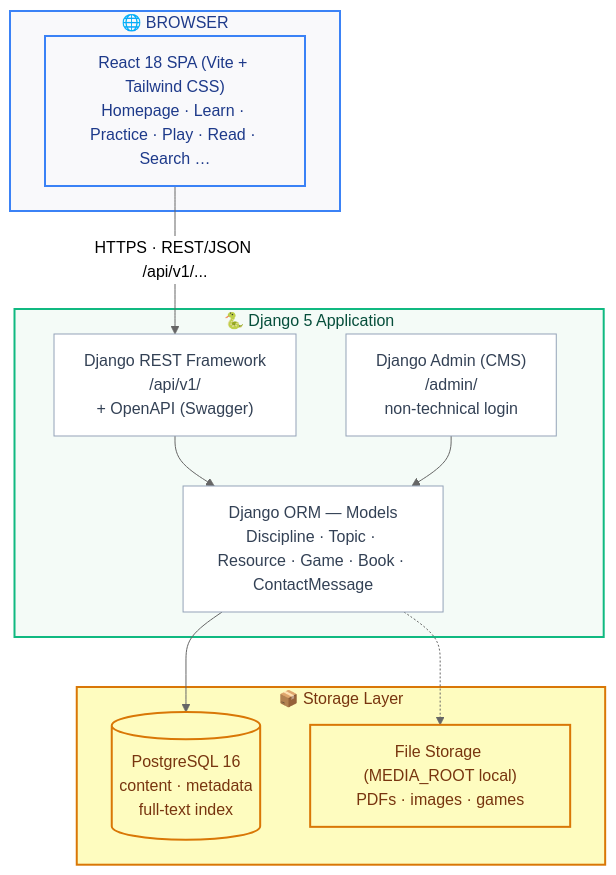
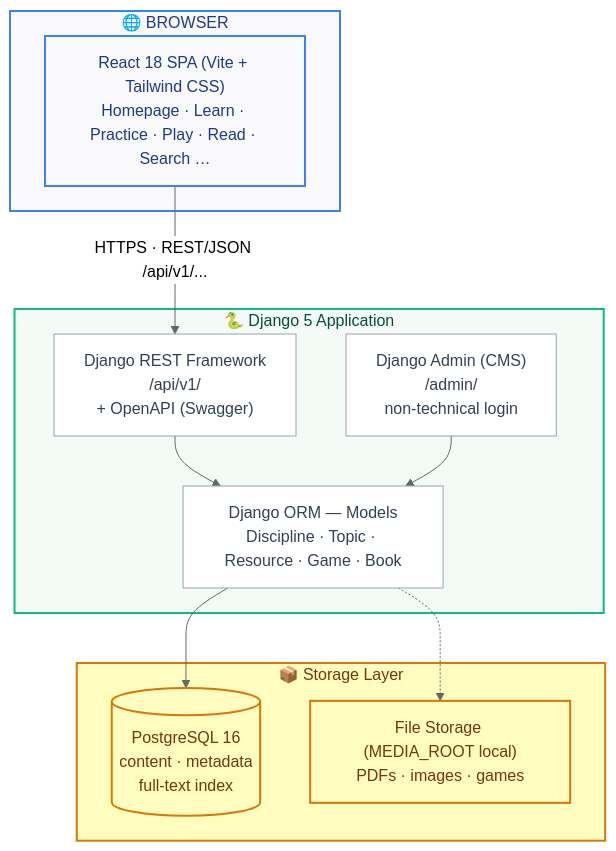
One commit to Huniity/integra-te_project changed the second of 3 diagrams in ARCHITECTURE.md. Above: the diagram before and after it, drawn with Mermaid (neutral theme). The commit also changed other lines of this file, not shown here.

Commit message:
Update: Architecture to reflect new Web3Forms

````diff
--- a/ARCHITECTURE.md
+++ b/ARCHITECTURE.md
@@ -99,38 +99,38 @@
 ```mermaid
 
 graph TD
     %% Styling Definition
     classDef browser fill:#f9f9fb,stroke:#3b82f6,stroke-width:2px,color:#1e3a8a;
     classDef django fill:#f4fbf7,stroke:#10b981,stroke-width:2px,color:#064e3b;
     classDef db fill:#fefcbf,stroke:#d97706,stroke-width:2px,color:#78350f;
     classDef inner fill:#ffffff,stroke:#94a3b8,stroke-width:1px,color:#334155;
 
     %% Elements
     subgraph BROWSER ["🌐 BROWSER"]
         SPA["React 18 SPA (Vite + Tailwind CSS)<br>Homepage · Learn · Practice · Play · Read · Search …"]
     end
 
     subgraph DJANGO ["🐍 Django 5 Application"]
         DRF["Django REST Framework<br>/api/v1/<br>+ OpenAPI (Swagger)"]
         ADMIN["Django Admin (CMS)<br>/admin/<br>non-technical login"]
-        ORM["Django ORM — Models<br>Discipline · Topic · Resource · Game · Book · ContactMessage"]
+        ORM["Django ORM — Models<br>Discipline · Topic · Resource · Game · Book"]
     end
 
     subgraph STORAGE ["📦 Storage Layer"]
         DB[("PostgreSQL 16<br>content · metadata<br>full-text index")]
         FS["File Storage (MEDIA_ROOT local)<br>PDFs · images · games"]
     end
 
     %% Flows
     SPA -->|HTTPS · REST/JSON /api/v1/...| DRF
     DRF --> ORM
     ADMIN --> ORM
     ORM --> DB
     ORM -.-> FS
 
     %% Assigning Styles
     class BROWSER,SPA browser;
     class DJANGO django;
     class DRF,ADMIN,ORM inner;
     class STORAGE,DB,FS db;
 ```
````
